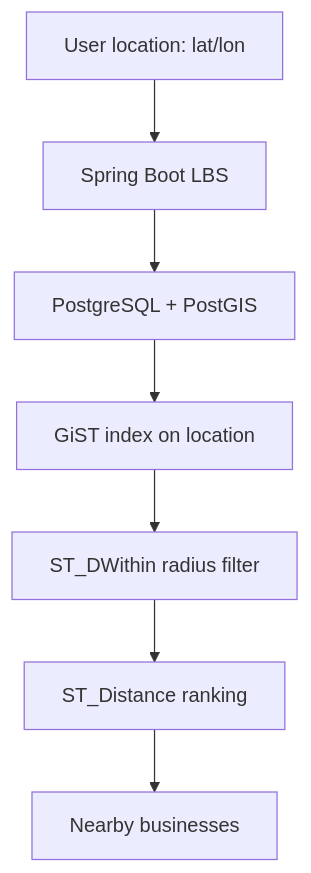
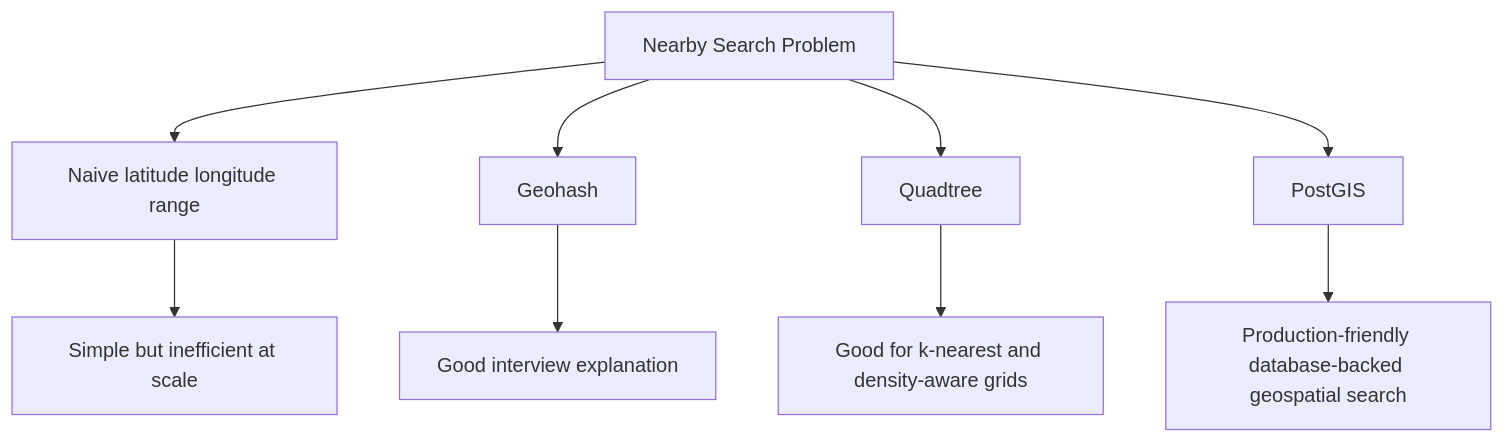
The third of 18 diagrams in HLD_NOTES/004_INTERVIEW_PROBLEMS/013_proximity_service_visual_notes.md (mthaiseer/springcloud-systemdesign-notes), drawn with Mermaid before and after one commit. The commit also changed other lines of this file and 1 other file, not shown here.

````diff
--- a/HLD_NOTES/004_INTERVIEW_PROBLEMS/013_proximity_service_visual_notes.md
+++ b/HLD_NOTES/004_INTERVIEW_PROBLEMS/013_proximity_service_visual_notes.md
@@ -122,9 +80,12 @@
 ```mermaid
 flowchart TB
-    A[User location: lat/lon] --> B[Spring Boot LBS]
-    B --> C[PostgreSQL + PostGIS]
-    C --> D[GiST index on location]
-    D --> E[ST_DWithin radius filter]
-    E --> F[ST_Distance ranking]
-    F --> G[Nearby businesses]
+    A[Nearby Search Problem] --> B[Naive latitude longitude range]
+    A --> C[Geohash]
+    A --> D[Quadtree]
+    A --> E[PostGIS]
+
+    B --> B1[Simple but inefficient at scale]
+    C --> C1[Good interview explanation]
+    D --> D1[Good for k-nearest and density-aware grids]
+    E --> E1[Production-friendly database-backed geospatial search]
 ```
````
